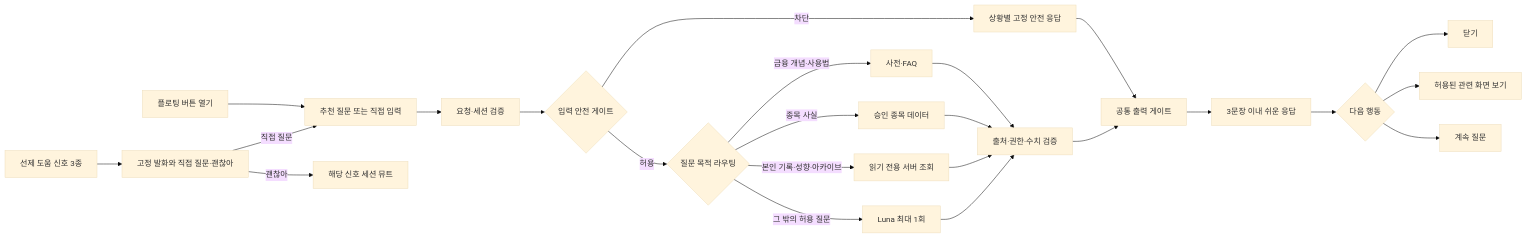
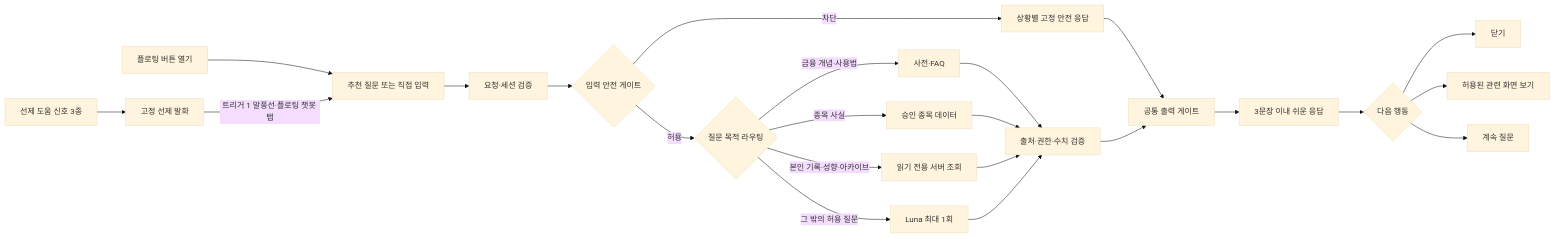
Before and after one commit to jyleo2k2/six-opening: the diagram in web/features/f10-chatbot/SPEC.md, drawn with Mermaid (base theme). The commit also changed other lines of this file and 10 other files, not shown here.

````diff
--- a/web/features/f10-chatbot/SPEC.md
+++ b/web/features/f10-chatbot/SPEC.md
@@ -69,29 +69,28 @@
 ```mermaid
 flowchart LR
     A1[플로팅 버튼 열기] --> B[추천 질문 또는 직접 입력]
-    A2[선제 도움 신호 3종] --> A3[고정 발화와 직접 질문·괜찮아]
-    A3 -->|직접 질문| B
-    A3 -->|괜찮아| Z[해당 신호 세션 뮤트]
+    A2[선제 도움 신호 3종] --> A3[고정 선제 발화]
+    A3 -->|트리거 1 말풍선·플로팅 챗봇 탭| B
 
     B --> G0[요청·세션 검증]
     G0 --> G1{입력 안전 게이트}
     G1 -->|차단| R[상황별 고정 안전 응답]
     G1 -->|허용| I{질문 목적 라우팅}
 
     I -->|금융 개념·사용법| F[사전·FAQ]
     I -->|종목 사실| S[승인 종목 데이터]
     I -->|본인 기록·성향·아카이브| T[읽기 전용 서버 조회]
     I -->|그 밖의 허용 질문| L[Luna 최대 1회]
 
     F --> V[출처·권한·수치 검증]
     S --> V
     T --> V
     L --> V
     R --> O[공통 출력 게이트]
     V --> O
     O --> E[3문장 이내 쉬운 응답]
     E --> N{다음 행동}
     N --> N1[닫기]
     N --> N2[허용된 관련 화면 보기]
     N --> N3[계속 질문]
 ```
````
